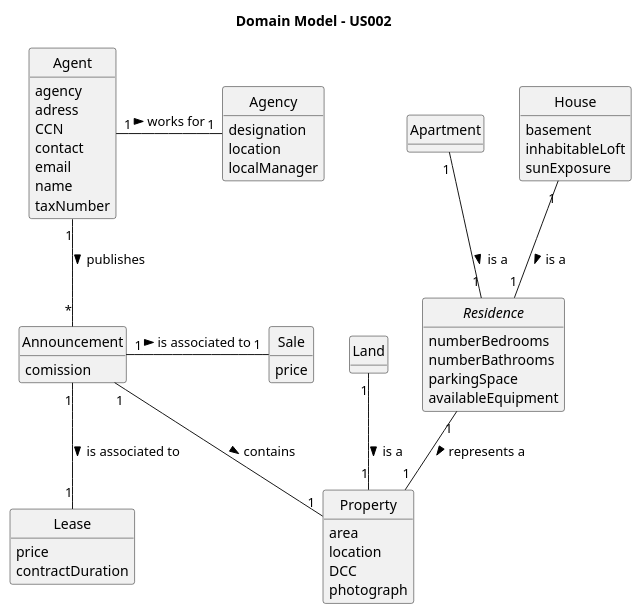
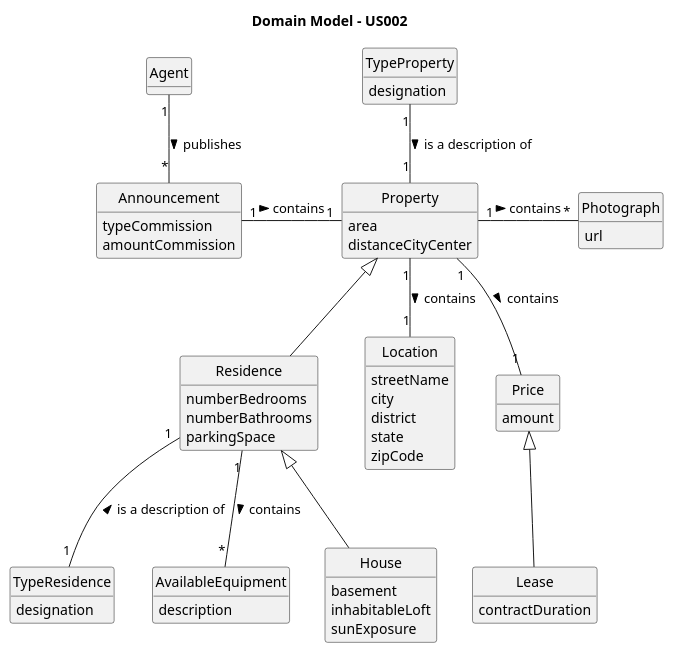
The diagram in docs/sprintA/us002/02.analysis/puml/us002-domain-model.puml (rita-barbosa/LAPR2-2223), drawn with PlantUML before and after one commit. The commit also changed 4 other files, not shown here.

```diff
--- a/docs/sprintA/us002/02.analysis/puml/us002-domain-model.puml
+++ b/docs/sprintA/us002/02.analysis/puml/us002-domain-model.puml
@@ -1,77 +1,76 @@
 @startuml
 skinparam monochrome true
 skinparam packageStyle rectangle
 skinparam shadowing false
 
 'left to right direction
 
 skinparam classAttributeIconSize 0
 
 hide circle
 hide methods
 
 title Domain Model - US002
 
-class Agency {
-    designation
-    location
-    localManager
-}
 
 class Announcement {
-    comission
+ typeCommission
+ amountCommission
 }
 class Property{
  area
- location
- DCC
- photograph
+ distanceCityCenter
 }
-class Land{
-}
-abstract class Residence{
+
+class Residence{
  numberBedrooms
  numberBathrooms
  parkingSpace
-availableEquipment
-}
-class Apartment{
 }
 class House{
  basement
  inhabitableLoft
  sunExposure
 }
-
-
-class Sale{
-price
+class TypeProperty{
+designation
+}
+class TypeResidence{
+designation
+}
+class Photograph{
+url
+}
+class Location{
+streetName
+city
+district
+state
+zipCode
+}
+class Price{
+amount
 }
 class Lease{
-price
 contractDuration
+}
+class Agent {
+}
+class AvailableEquipment{
+description
 }
 
 
-class Agent {
-    agency
-    adress
-    CCN
-    contact
-    email
-    name
-    taxNumber
-}
-
-
-Agent "1" - "1" Agency: works for >
 Agent "1" -- "*" Announcement: publishes >
-Announcement "1"- "1" Sale: is associated to >
-Announcement "1" -- "1" Lease: is associated to >
-Announcement "1" -- "1" Property: contains >
-Land "1" -- "1" Property: is a >
-Residence "1" -- "1" Property:  represents a >
-Apartment "1" -- "1" Residence: is a >
-House "1" -- "1" Residence: is a >
+Announcement "1" - "1" Property: contains >
+TypeProperty "1" -- "1" Property: is a description of >
+Residence -up-|> Property
+TypeResidence "1" -up- "1" Residence: is a description of >
+House -up-|> Residence
+Property "1" - "*" Photograph: contains >
+Property "1"--"1" Location: contains >
+Property "1" -- "1" Price: contains >
+Price <|-- Lease
+Residence "1" -- "*"AvailableEquipment: contains >
 
 @enduml
```
